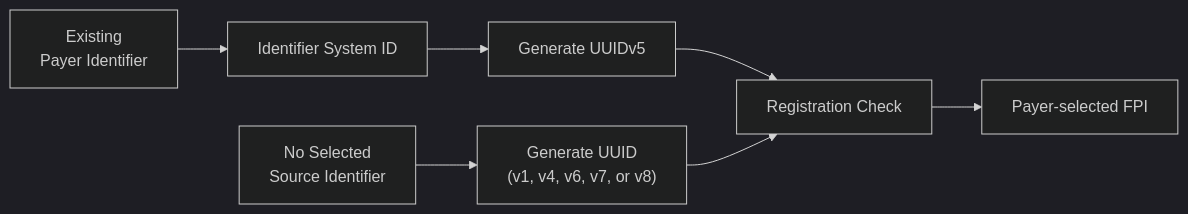
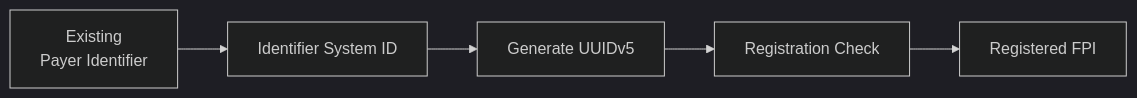
The diagram in GeneratingFederatedPayerIdentifiers.md (ftrotter-gov/FederatedPayerIdentifier), drawn with Mermaid (dark theme) before and after one commit. The commit also changed other lines of this file and 10 other files, not shown here.

````diff
--- a/GeneratingFederatedPayerIdentifiers.md
+++ b/GeneratingFederatedPayerIdentifiers.md
@@ -30,17 +45,13 @@
 ```mermaid
 flowchart LR
 
 A["Existing<br/>Payer Identifier"]
 B["Identifier System ID"]
 C["Generate UUIDv5"]
 
-D["No Selected<br/>Source Identifier"]
-E["Generate UUID<br/>(v1, v4, v6, v7, or v8)"]
-
 F["Registration Check"]
-G["Payer-selected FPI"]
+G["Registered FPI"]
 
 A --> B --> C --> F
-D --> E --> F
 F --> G
 ```
````
